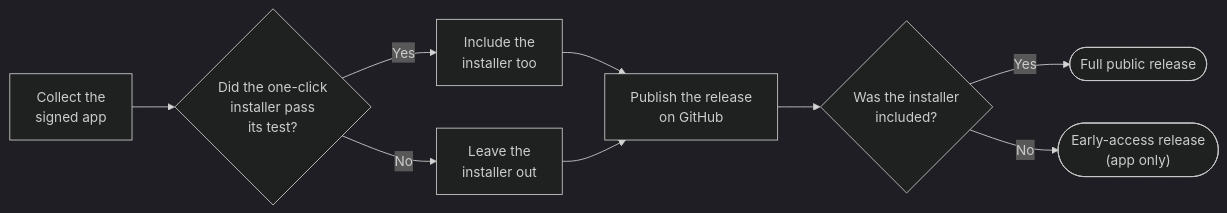
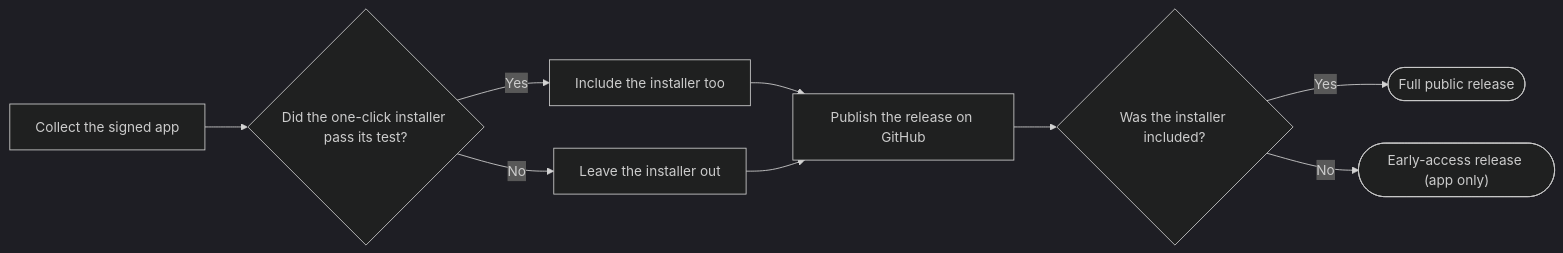
Before and after one commit to tanzim2000/fluentflyout-unofficial: the sixth of 8 diagrams in docs/FluentFlyout Unofficial Publication Script Pipeline Flowchart.md, drawn with Mermaid (dark theme). The commit also changed other lines of this file, not shown here.

````diff
--- a/docs/FluentFlyout Unofficial Publication Script Pipeline Flowchart.md
+++ b/docs/FluentFlyout Unofficial Publication Script Pipeline Flowchart.md
@@ -76,11 +75,11 @@
 ```mermaid
 flowchart LR
-    A["Collect the<br/>signed app"] --> B{"Did the one-click<br/>installer pass<br/>its test?"}
-    B -- "Yes" --> C["Include the<br/>installer too"]
-    B -- "No" --> D["Leave the<br/>installer out"]
-    C --> E["Publish the release<br/>on GitHub"]
+    A["Collect the signed app"] --> B{"Did the one-click installer pass its test?"}
+    B -- "Yes" --> C["Include the installer too"]
+    B -- "No" --> D["Leave the installer out"]
+    C --> E["Publish the release on GitHub"]
     D --> E
-    E --> F{"Was the installer<br/>included?"}
+    E --> F{"Was the installer included?"}
     F -- "Yes" --> G(["Full public release"])
-    F -- "No" --> H(["Early-access release<br/>(app only)"])
+    F -- "No" --> H(["Early-access release (app only)"])
 ```
````
